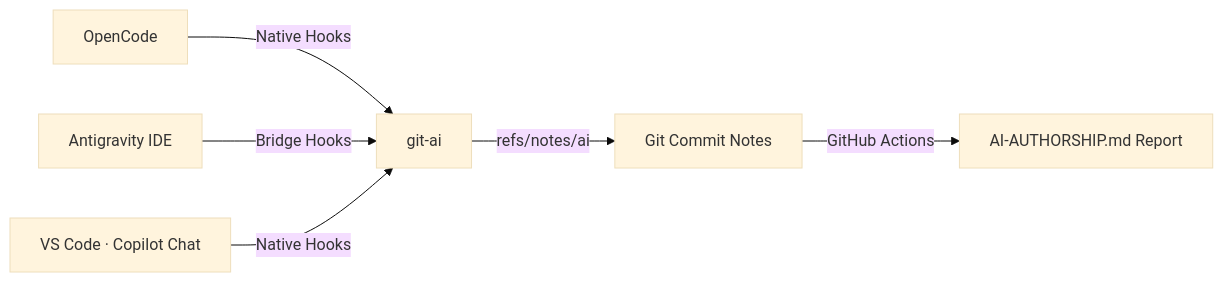
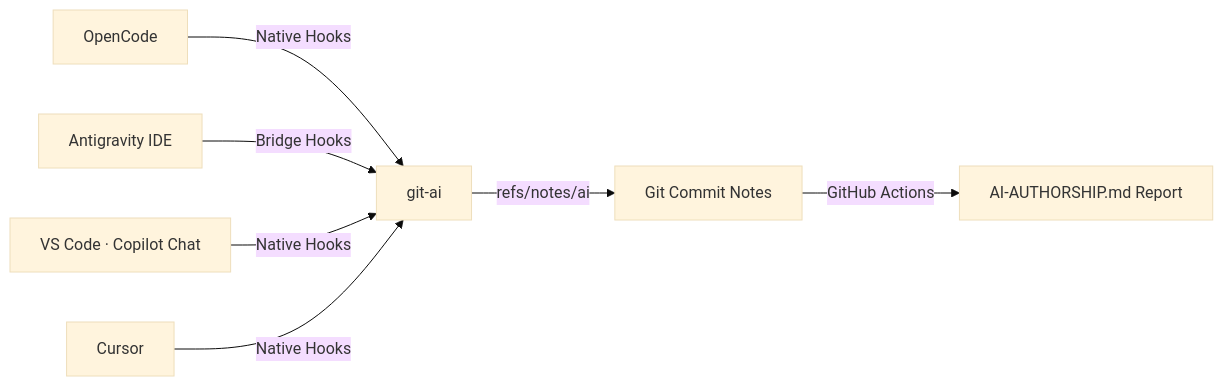
The diagram in README.md (CaliMark/ai-authorship), drawn with Mermaid (base theme) before and after one commit. The commit also changed other lines of this file, not shown here.

Commit message:
docs: document native Cursor hooks integration

````diff
--- a/README.md
+++ b/README.md
@@ -46,8 +48,9 @@
 ```mermaid
 graph LR
     A[OpenCode] -->|Native Hooks| C[git-ai]
     B[Antigravity IDE] -->|Bridge Hooks| C
     D[VS Code · Copilot Chat] -->|Native Hooks| C
+    G[Cursor] -->|Native Hooks| C
     C -->|refs/notes/ai| E[Git Commit Notes]
     E -->|GitHub Actions| F[AI-AUTHORSHIP.md Report]
 ```
````
